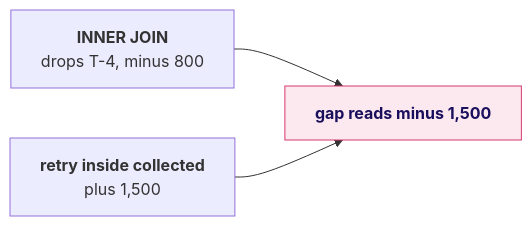
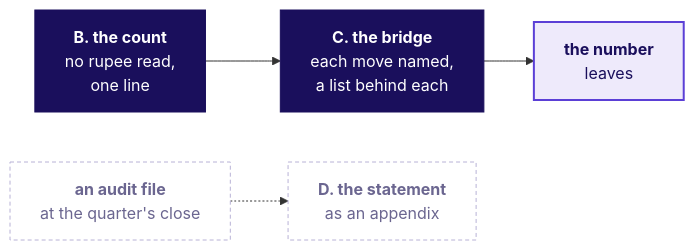
Diagram 13 of 25 in content/W02/D2/slides/C2_W02_D02_half1_STUDENT.md (fde-academy-lab/c2-content-factory), drawn with Mermaid before and after one commit. The commit also changed other lines of this file and 11 other files, not shown here.

````diff
--- a/content/W02/D2/slides/C2_W02_D02_half1_STUDENT.md
+++ b/content/W02/D2/slides/C2_W02_D02_half1_STUDENT.md
@@ -577,9 +979,12 @@
 ```mermaid
 flowchart LR
-    A["<b>INNER JOIN</b><br/>drops T-4, minus 800"] --> G["<b>gap reads minus 1,500</b>"]
-    B["<b>retry inside collected</b><br/>plus 1,500"] --> G
+    C["<b>B. the count</b><br/>no rupee read,<br/>one line"] --> B["<b>C. the bridge</b><br/>each move named,<br/>a list behind each"]
+    B --> N["<b>the number</b><br/>leaves"]
+    A["<b>an audit file</b><br/>at the quarter's close"] -.-> D["<b>D. the statement</b><br/>as an appendix"]
     classDef known fill:#EEEAFB,stroke:#5B3FD6,color:#1A0F5C,stroke-width:2px
-    classDef bad fill:#FBE9EF,stroke:#D63A6A,color:#1A0F5C
     classDef unknown fill:#FFFFFF,stroke:#B8B2D6,color:#6B6690,stroke-dasharray:4 3
-    class G bad
+    classDef bet fill:#1A0F5C,stroke:#1A0F5C,color:#FFFFFF
+    class C,B bet
+    class N known
+    class A,D unknown
 ```
````
